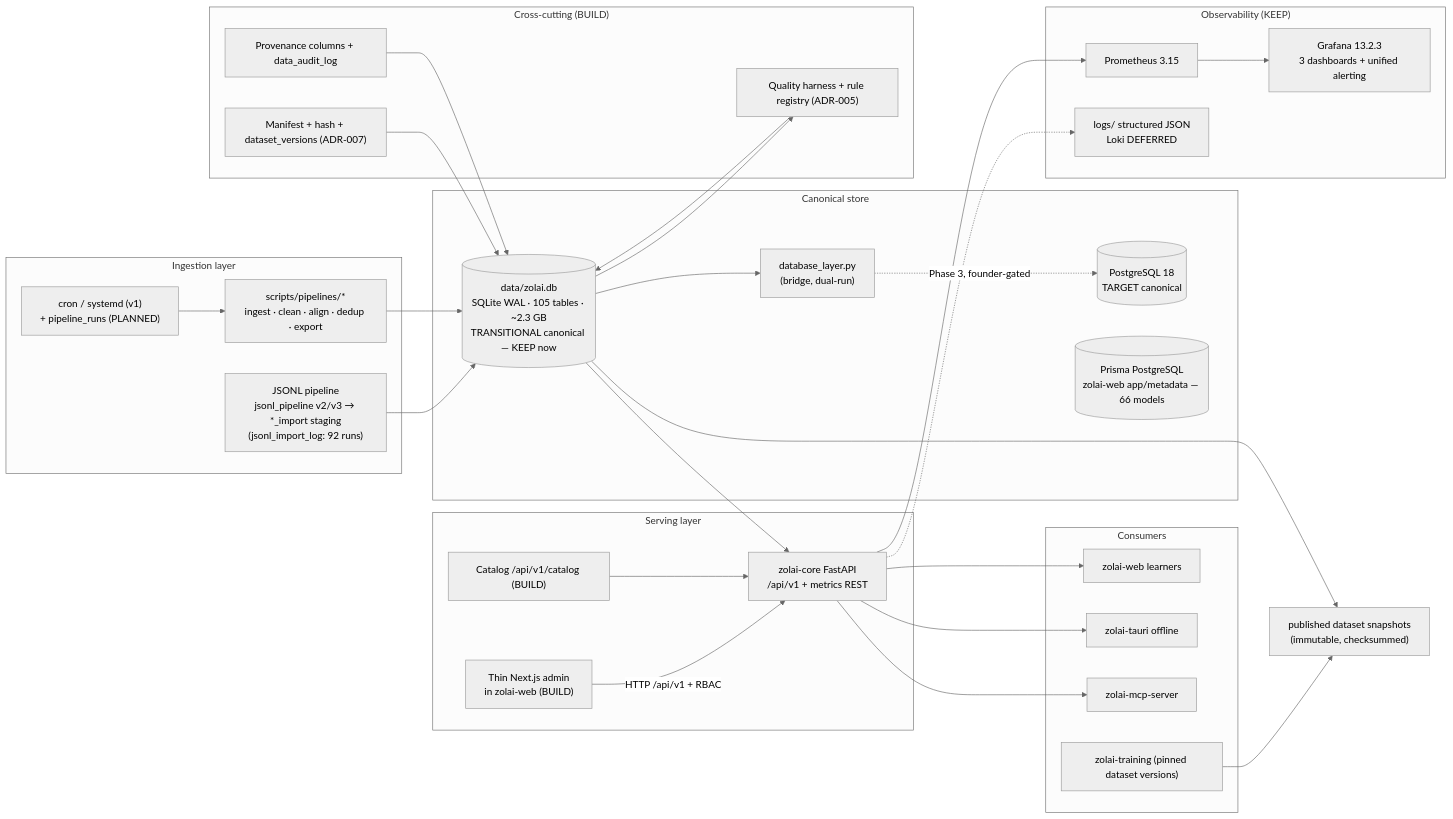
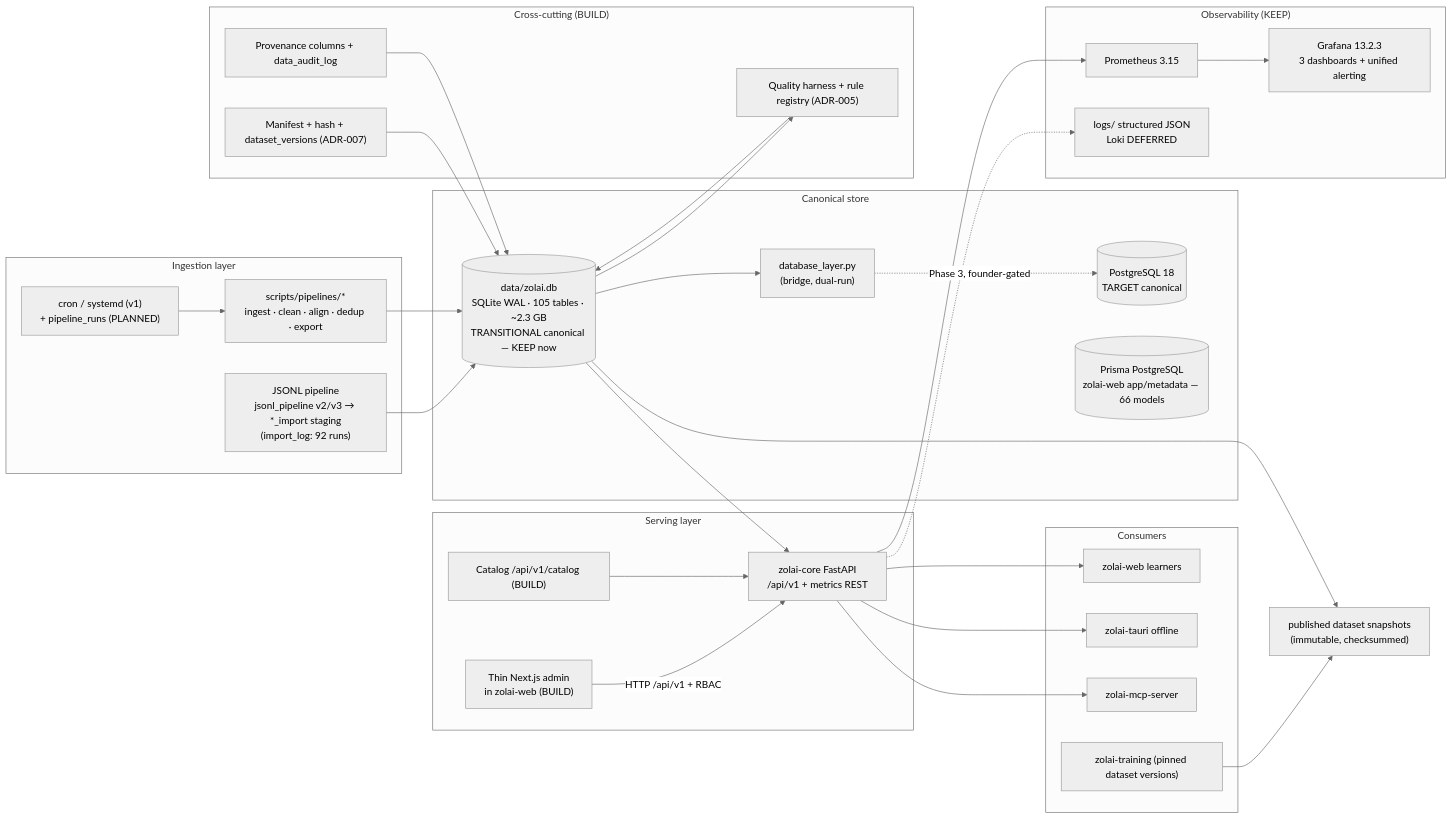
Before and after one commit to Zolai-AI/.github: the second of 2 diagrams in docs/architecture/overview.md, drawn with Mermaid (neutral theme). The commit also changed 12 other files, not shown here.

Commit message:
docs(audit): fix import-log attribution and API route counts in data platform suite

````diff
--- a/docs/architecture/overview.md
+++ b/docs/architecture/overview.md
@@ -81,59 +81,59 @@
 ```mermaid
 flowchart LR
   subgraph Ingestion["Ingestion layer"]
-    JSONL["JSONL pipeline<br/>jsonl_pipeline v2/v3 → *_import staging<br/>(jsonl_import_log: 92 runs)"]
+    JSONL["JSONL pipeline<br/>jsonl_pipeline v2/v3 → *_import staging<br/>(import_log: 92 runs)"]
     SCRIPTS["scripts/pipelines/*<br/>ingest · clean · align · dedup · export"]
     CRON["cron / systemd (v1)<br/>+ pipeline_runs (PLANNED)"]
     CRON --> SCRIPTS
   end
 
   subgraph Canonical["Canonical store"]
     DB[("data/zolai.db<br/>SQLite WAL · 105 tables · ~2.3 GB<br/>TRANSITIONAL canonical — KEEP now")]
     BR["database_layer.py<br/>(bridge, dual-run)"]
     DB --> BR
     BR -.->|"Phase 3, founder-gated"| PG[("PostgreSQL 18<br/>TARGET canonical")]
     PRISMA[("Prisma PostgreSQL<br/>zolai-web app/metadata — 66 models")]
   end
 
   subgraph Serving["Serving layer"]
     API["zolai-core FastAPI<br/>/api/v1 + metrics REST"]
     ADMIN["Thin Next.js admin<br/>in zolai-web (BUILD)"]
     CAT["Catalog /api/v1/catalog (BUILD)"]
   end
 
   subgraph Consumers["Consumers"]
     WEB2["zolai-web learners"]
     TAURI2["zolai-tauri offline"]
     MCP2["zolai-mcp-server"]
     TRAIN["zolai-training (pinned dataset versions)"]
   end
 
   subgraph Observability["Observability (KEEP)"]
     PROM["Prometheus 3.15"]
     GRAF["Grafana 13.2.3<br/>3 dashboards + unified alerting"]
     LOGS["logs/ structured JSON<br/>Loki DEFERRED"]
   end
 
   subgraph Crosscut["Cross-cutting (BUILD)"]
     QUAL["Quality harness + rule registry (ADR-005)"]
     PROV["Provenance columns + data_audit_log"]
     VER["Manifest + hash + dataset_versions (ADR-007)"]
   end
 
   JSONL --> DB
   SCRIPTS --> DB
   DB --> API
   DB --> QUAL
   QUAL --> DB
   VER --> DB
   PROV --> DB
   API --> WEB2
   API --> TAURI2
   API --> MCP2
   ADMIN -->|"HTTP /api/v1 + RBAC"| API
   CAT --> API
   TRAIN --> DS2["published dataset snapshots<br/>(immutable, checksummed)"]
   DB --> DS2
   API --> PROM --> GRAF
   API -.-> LOGS
 ```
````
